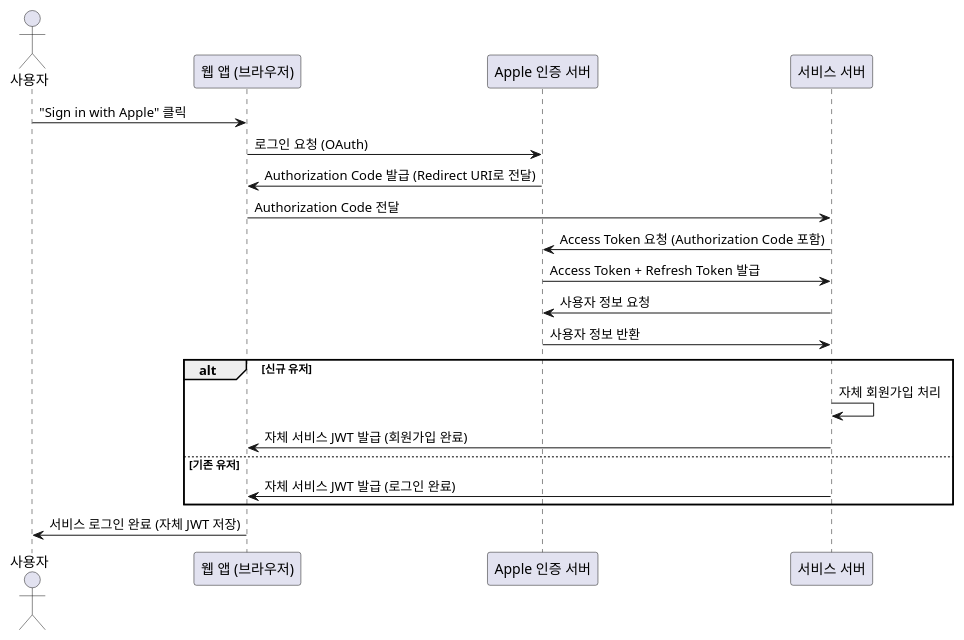
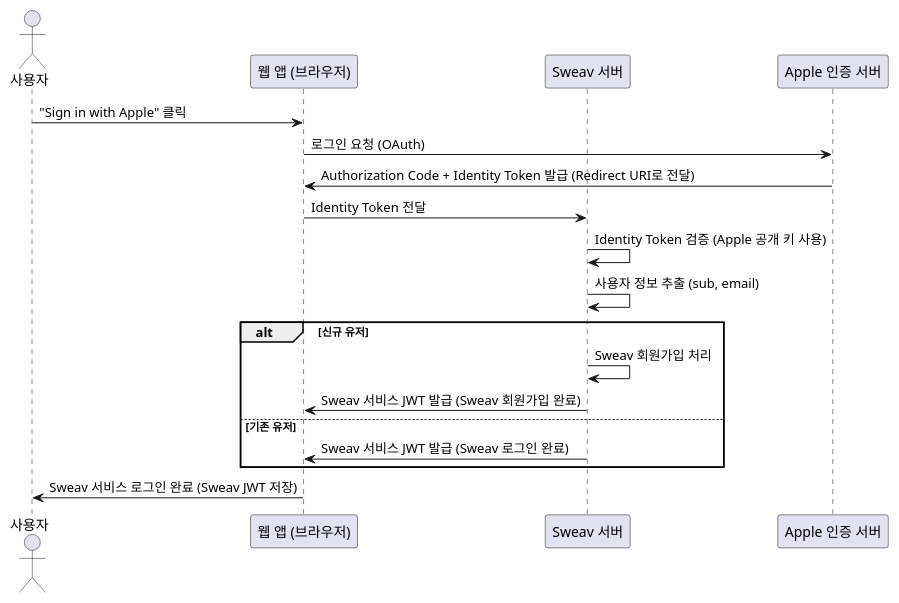
Before and after one commit to sweav-org/sweav-uml: the diagram in sequence/user/login_via_apple_web.puml, drawn with PlantUML. The commit also changed 3 other files, not shown here.

Commit message:
소셜 로그인 플로우 수정

```diff
--- a/sequence/user/login_via_apple_web.puml
+++ b/sequence/user/login_via_apple_web.puml
@@ -1,28 +1,26 @@
 @startuml
 'https://plantuml.com/sequence-diagram
 
 actor 사용자
 participant "웹 앱 (브라우저)" as Client
+participant "Sweav 서버" as Server
 participant "Apple 인증 서버" as Apple
-participant "서비스 서버" as Server
 
 사용자 -> Client : "Sign in with Apple" 클릭
 Client -> Apple : 로그인 요청 (OAuth)
-Apple -> Client : Authorization Code 발급 (Redirect URI로 전달)
-Client -> Server : Authorization Code 전달
+Apple -> Client : Authorization Code + Identity Token 발급 (Redirect URI로 전달)
+Client -> Server : Identity Token 전달
 
-Server -> Apple : Access Token 요청 (Authorization Code 포함)
-Apple -> Server : Access Token + Refresh Token 발급
-Server -> Apple : 사용자 정보 요청
-Apple -> Server : 사용자 정보 반환
+Server -> Server : Identity Token 검증 (Apple 공개 키 사용)
+Server -> Server : 사용자 정보 추출 (sub, email)
 
 alt 신규 유저
-    Server -> Server : 자체 회원가입 처리
-    Server -> Client : 자체 서비스 JWT 발급 (회원가입 완료)
+    Server -> Server : Sweav 회원가입 처리
+    Server -> Client : Sweav 서비스 JWT 발급 (Sweav 회원가입 완료)
 else 기존 유저
-    Server -> Client : 자체 서비스 JWT 발급 (로그인 완료)
+    Server -> Client : Sweav 서비스 JWT 발급 (Sweav 로그인 완료)
 end
 
-Client -> 사용자 : 서비스 로그인 완료 (자체 JWT 저장)
+Client -> 사용자 : Sweav 서비스 로그인 완료 (Sweav JWT 저장)
 
 @enduml
```
